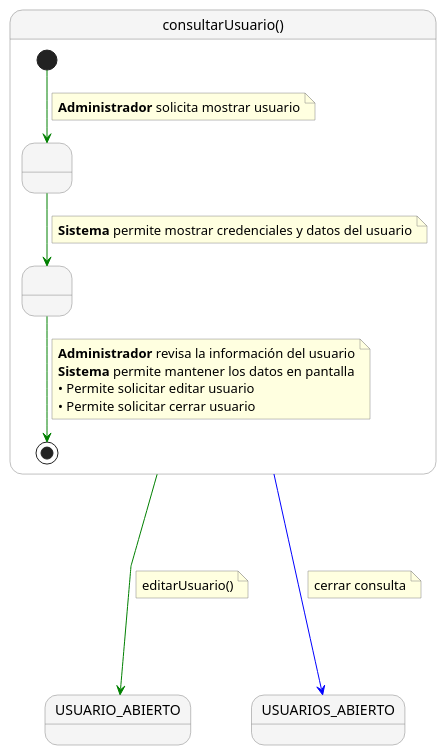
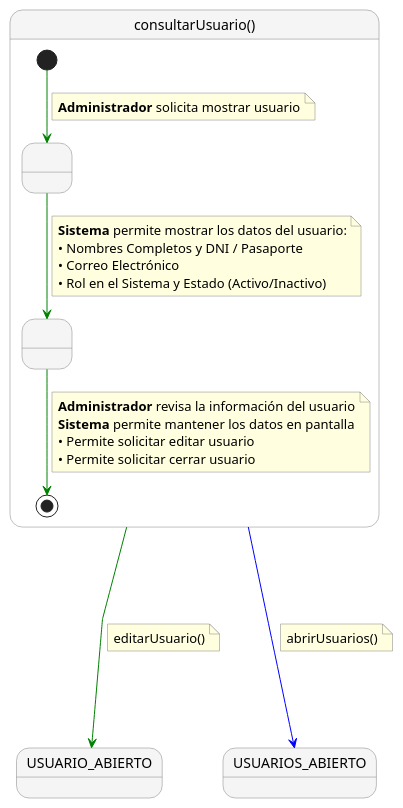
The diagram in documents/CasosDeUso/DetalladoCasosDeUso/Administrador/consultarUsuario.puml (enmabry/25-26-IdSw1-SdR), drawn with PlantUML before and after one commit. The commit also changed 72 other files, not shown here.

Commit message:
Cambios cruciales en los casos de uso, su detallado, y se agrego un diagrama de contexto en formato "dashboard"

```diff
--- a/documents/CasosDeUso/DetalladoCasosDeUso/Administrador/consultarUsuario.puml
+++ b/documents/CasosDeUso/DetalladoCasosDeUso/Administrador/consultarUsuario.puml
@@ -1,48 +1,51 @@
 @startuml
 skinparam nodesep 60
 skinparam ranksep 60
 skinparam linetype polyline
 skinparam NoteBackgroundColor lightyellow
 skinparam NoteBorderColor gray
 skinparam StateBackgroundColor #F5F5F5
 skinparam StateBorderColor gray
 
 state "consultarUsuario()" as consultarUsuario {
    
     ' Estados anónimos vacíos para simular los pasos
     state " " as Paso1
     state " " as Paso2
    
     [*] -[#green]-> Paso1
     note on link
       <b>Administrador</b> solicita mostrar usuario
     end note
    
     Paso1 -[#green]-> Paso2
     note on link
-      <b>Sistema</b> permite mostrar credenciales y datos del usuario
+      <b>Sistema</b> permite mostrar los datos del usuario:
+      • Nombres Completos y DNI / Pasaporte
+      • Correo Electrónico
+      • Rol en el Sistema y Estado (Activo/Inactivo)
     end note
    
     Paso2 -[#green]-> [*]
     note on link
       <b>Administrador</b> revisa la información del usuario
       <b>Sistema</b> permite mantener los datos en pantalla
       • Permite solicitar editar usuario
       • Permite solicitar cerrar usuario
     end note
 }
 
 
 state "USUARIO_ABIERTO" as USUARIO_ABIERTO
 state "USUARIOS_ABIERTO" as USUARIOS_ABIERTO
 
 consultarUsuario -[#green]---> USUARIO_ABIERTO
 note right on link
   editarUsuario()
 end note
 
 consultarUsuario -[#blue]---> USUARIOS_ABIERTO
 note right on link
-  cerrar consulta
+  abrirUsuarios()
 end note
 @enduml
```
